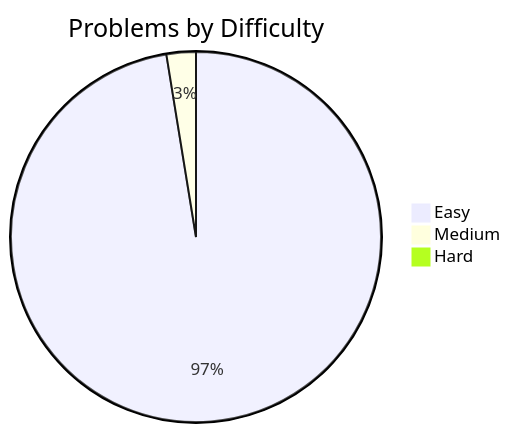
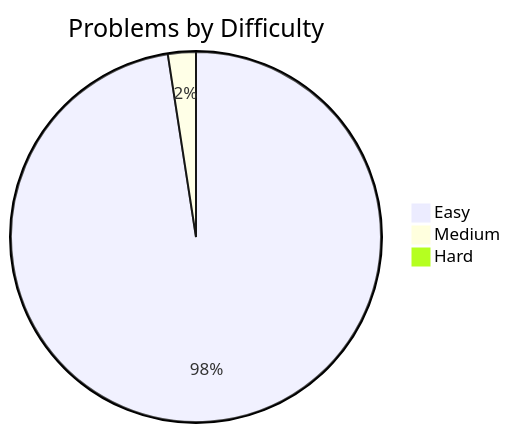
One commit to davelin18yufan/leetcode-journal changed the diagram in README.md. Above: the diagram before and after it, drawn with Mermaid. The commit also changed other lines of this file and 5 other files, not shown here.

````diff
--- a/README.md
+++ b/README.md
@@ -7,7 +7,7 @@
 ```mermaid
 pie
     title Problems by Difficulty
-    "Easy" : 38
+    "Easy" : 40
     "Medium" : 1
     "Hard" : 0
 ```
````
